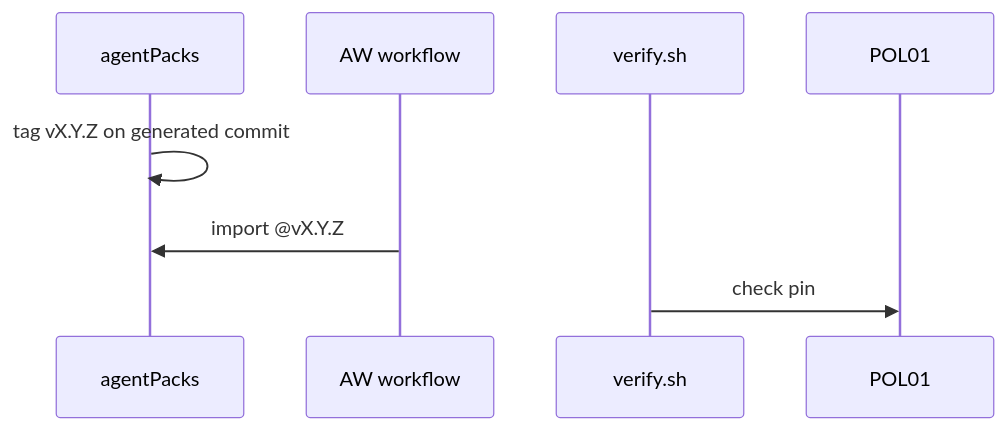
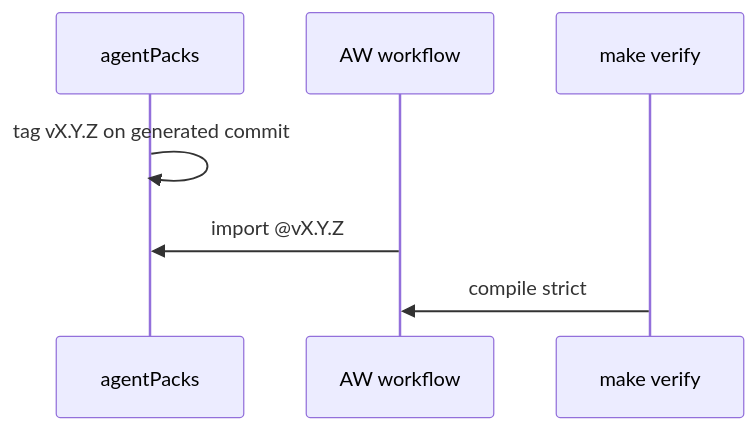
The first of 2 diagrams in docs/pbi/done/C12-agentpacks-import-contract.md (svennijhuis/agentic-workflows), drawn with Mermaid before and after one commit. The commit also changed other lines of this file and 986 other files, not shown here.

Commit message:
Cleanup: trust gh aw compile --strict, keep POL25 and POL31 (#28)

````diff
--- a/docs/pbi/done/C12-agentpacks-import-contract.md
+++ b/docs/pbi/done/C12-agentpacks-import-contract.md
@@ -43,10 +36,9 @@
 ```mermaid
 sequenceDiagram
   participant AP as agentPacks
   participant AW as AW workflow
-  participant V as verify.sh
-  participant P as POL01
+  participant V as make verify
   AP->>AP: tag vX.Y.Z on generated commit
   AW->>AP: import @vX.Y.Z
-  V->>P: check pin
+  V->>AW: compile strict
 ```
````
